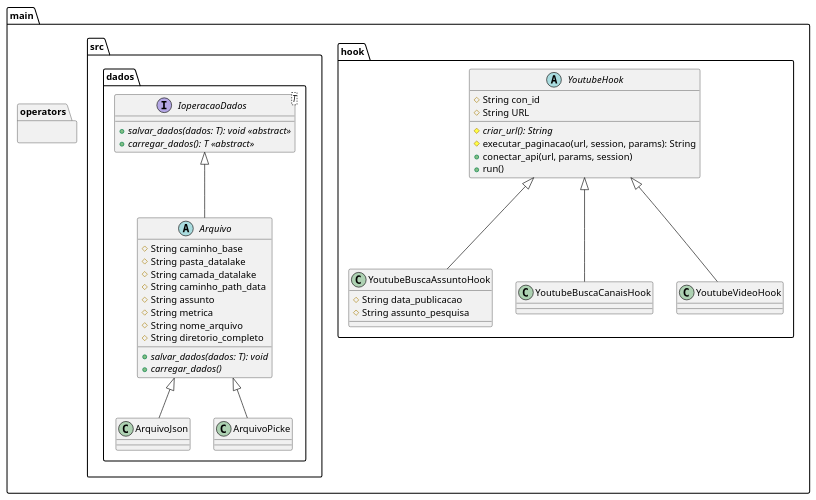
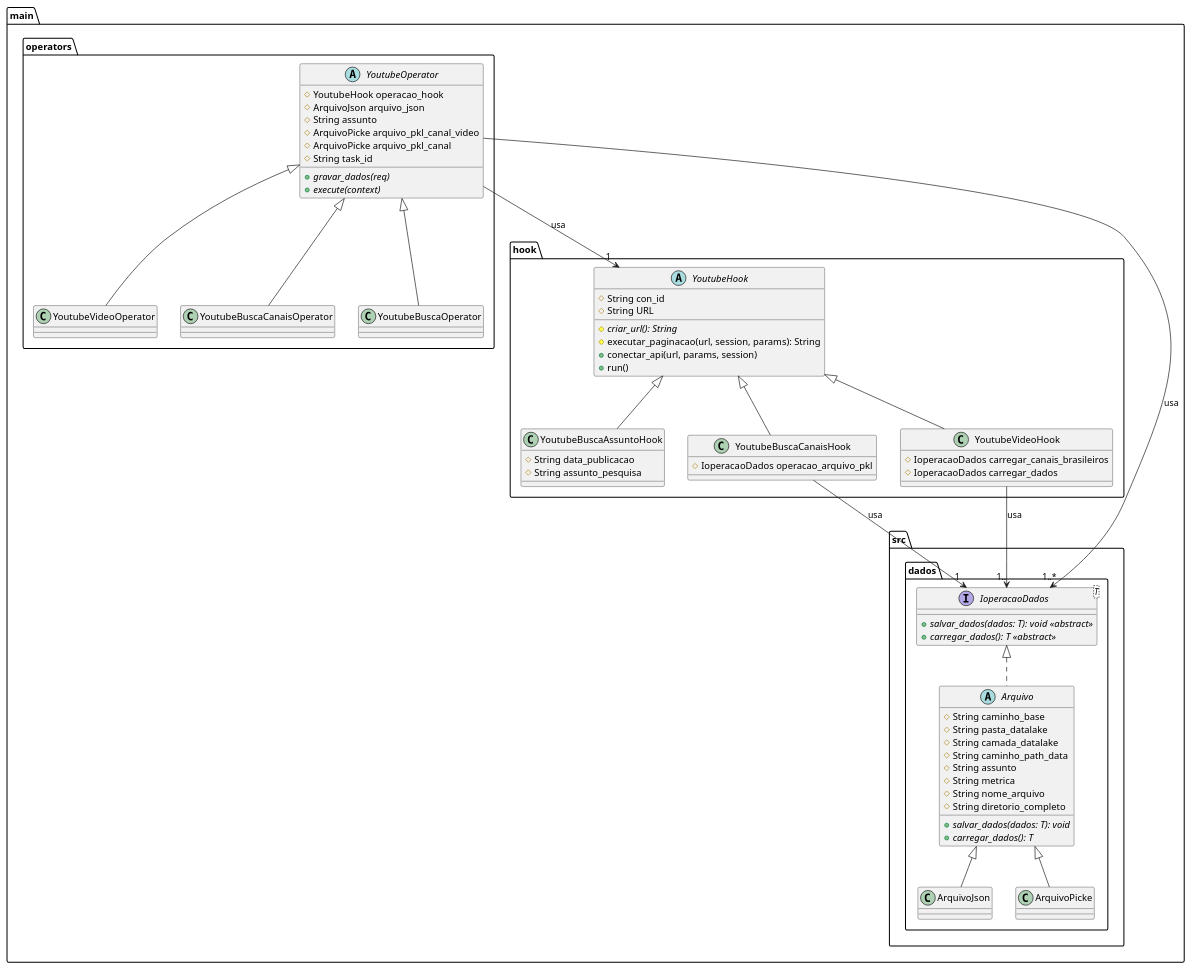
The diagram in diagramas/diagrama_classe_uml.plantuml (rodrigorocha1/extracao_dados_api_youtube_terceira_versao), drawn with PlantUML before and after one commit.

Commit message:
diagrama de classe dag

```diff
--- a/diagramas/diagrama_classe_uml.plantuml
+++ b/diagramas/diagrama_classe_uml.plantuml
@@ -1,70 +1,96 @@
-@startuml  
+@startuml
 package main {
 
     package hook {
 
         abstract class YoutubeHook {
             # String con_id
             # String URL 
             
             # {abstract} criar_url(): String
             # executar_paginacao(url, session, params): String
             + conectar_api(url, params, session)
             + run()
         }
 
         class YoutubeBuscaAssuntoHook extends YoutubeHook {
             # String data_publicacao
             # String assunto_pesquisa
-
         }
 
         class YoutubeBuscaCanaisHook extends YoutubeHook {
-            
+            # IoperacaoDados operacao_arquivo_pkl 
         }
 
         class YoutubeVideoHook extends YoutubeHook {
-
+            # IoperacaoDados carregar_canais_brasileiros
+            # IoperacaoDados carregar_dados
         }
 
     }
 
     package operators {
+        abstract class YoutubeOperator {
+            # YoutubeHook operacao_hook
+            # ArquivoJson arquivo_json
+            # String assunto
+            # ArquivoPicke arquivo_pkl_canal_video 
+            # ArquivoPicke arquivo_pkl_canal
+            # String task_id
 
+            + {abstract} gravar_dados(req)
+            + {abstract} execute(context)
+        }
+
+        class YoutubeVideoOperator extends YoutubeOperator {
+
+        }
+        class YoutubeBuscaCanaisOperator extends YoutubeOperator {
+
+        }
+
+        class YoutubeBuscaOperator extends YoutubeOperator {
+            
+        }
     }
 
     package src {
         package dados{
             interface IoperacaoDados<T> {
                 + {abstract} salvar_dados(dados: T): void <<abstract>>
                 + {abstract} carregar_dados(): T <<abstract>>
             }
 
-            abstract class Arquivo extends IoperacaoDados {
+            abstract class Arquivo implements IoperacaoDados {
                 # String caminho_base
                 # String pasta_datalake
                 # String camada_datalake
                 # String caminho_path_data
                 # String assunto
                 # String metrica
                 # String nome_arquivo
                 # String diretorio_completo
 
                 + {abstract} salvar_dados(dados: T): void
-                + {abstract} carregar_dados()
+                + {abstract} carregar_dados(): T
             }
 
             class ArquivoJson extends Arquivo {
 
             }
 
             class ArquivoPicke extends Arquivo {
-                
+
             }
         }
+
+ 
+        YoutubeBuscaCanaisHook --> "1" IoperacaoDados : usa
+        YoutubeVideoHook  --> "1.." IoperacaoDados : usa
+
+        YoutubeOperator  --> "1" YoutubeHook: usa
+
+        YoutubeOperator --> "1..*"  IoperacaoDados : usa
     }
-
-    
-
 }
 @enduml
```
